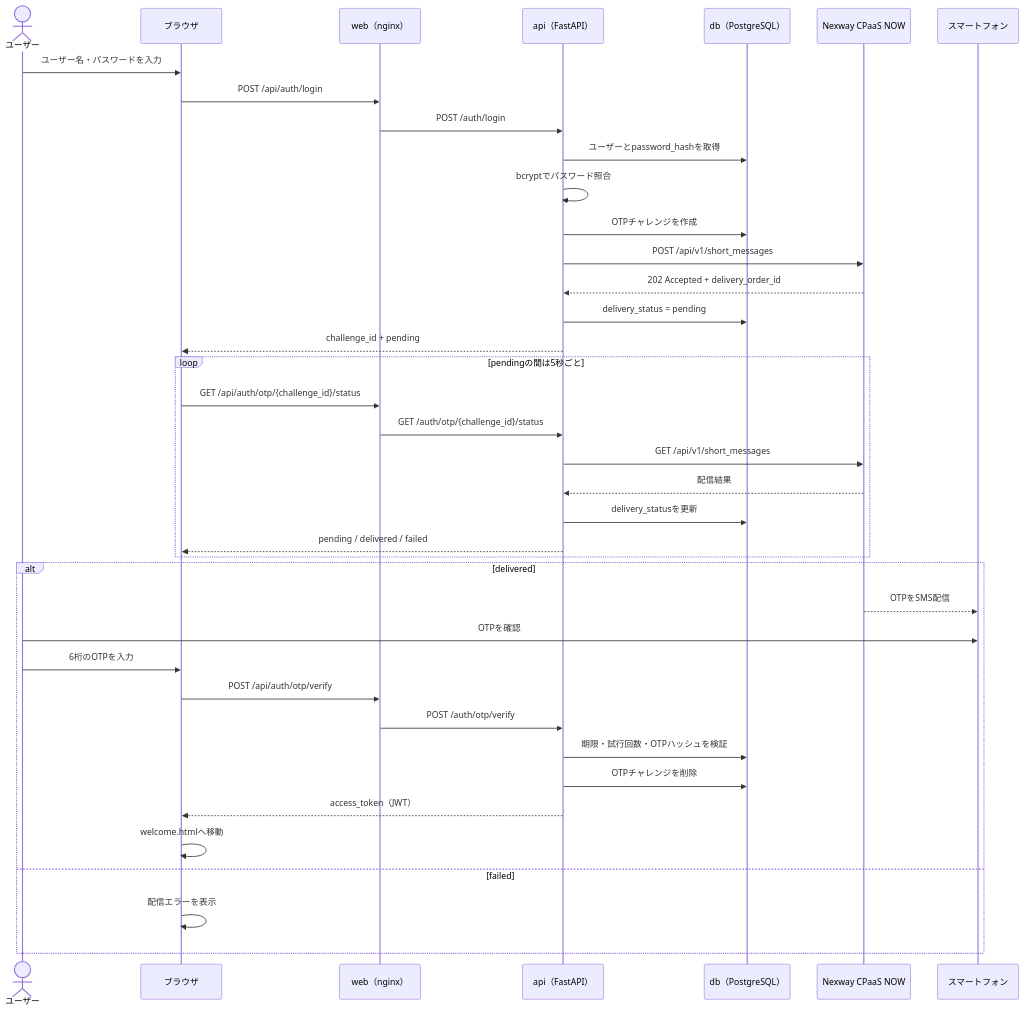
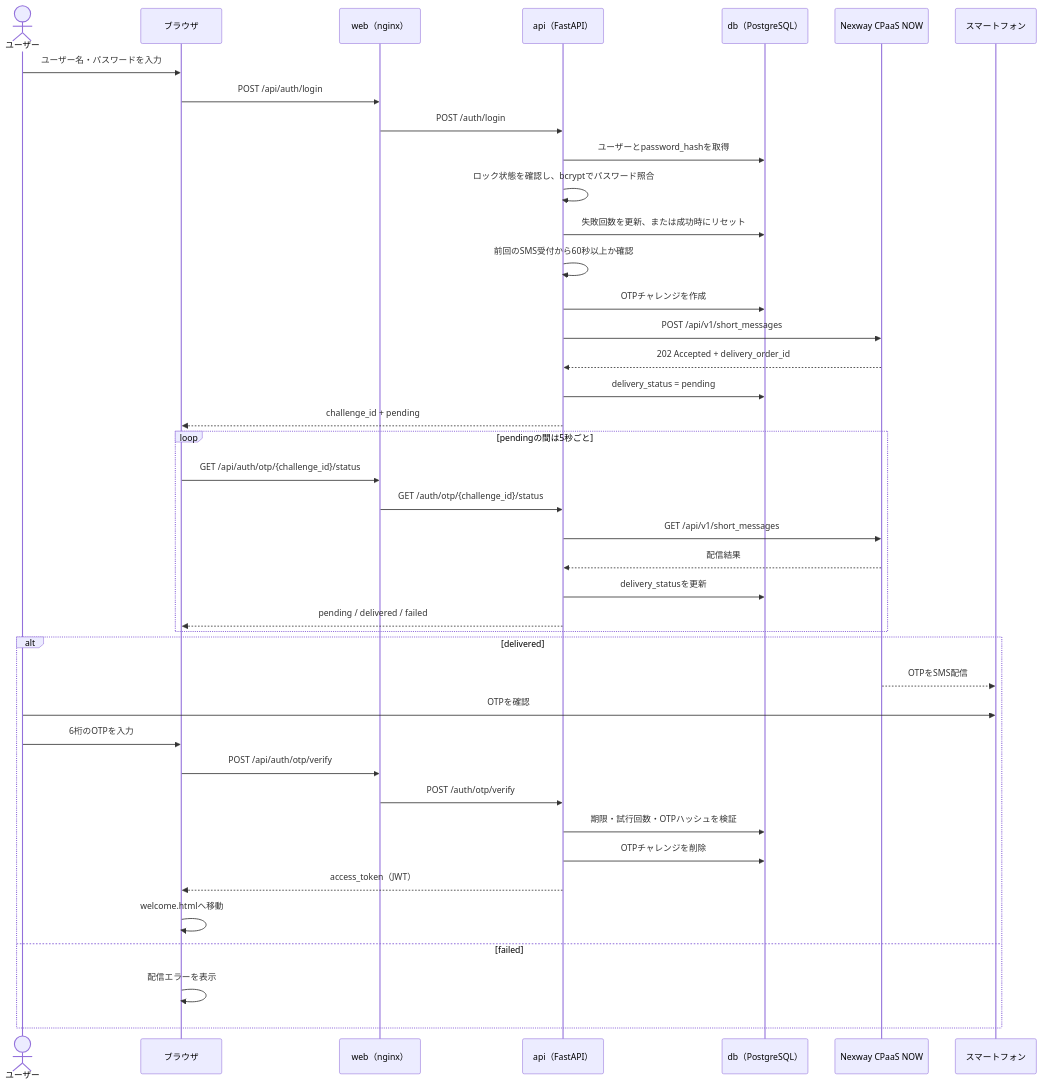
The second of 2 diagrams in README.md (Fu11erene/ip3-hackathon), drawn with Mermaid before and after one commit. The commit also changed other lines of this file and 6 other files, not shown here.

````diff
--- a/README.md
+++ b/README.md
@@ -107,44 +107,46 @@
 ```mermaid
 sequenceDiagram
     actor U as ユーザー
     participant B as ブラウザ
     participant W as web（nginx）
     participant A as api（FastAPI）
     participant D as db（PostgreSQL）
     participant N as Nexway CPaaS NOW
     participant P as スマートフォン
 
     U->>B: ユーザー名・パスワードを入力
     B->>W: POST /api/auth/login
     W->>A: POST /auth/login
     A->>D: ユーザーとpassword_hashを取得
-    A->>A: bcryptでパスワード照合
+    A->>A: ロック状態を確認し、bcryptでパスワード照合
+    A->>D: 失敗回数を更新、または成功時にリセット
+    A->>A: 前回のSMS受付から60秒以上か確認
     A->>D: OTPチャレンジを作成
     A->>N: POST /api/v1/short_messages
     N-->>A: 202 Accepted + delivery_order_id
     A->>D: delivery_status = pending
     A-->>B: challenge_id + pending
 
     loop pendingの間は5秒ごと
         B->>W: GET /api/auth/otp/{challenge_id}/status
         W->>A: GET /auth/otp/{challenge_id}/status
         A->>N: GET /api/v1/short_messages
         N-->>A: 配信結果
         A->>D: delivery_statusを更新
         A-->>B: pending / delivered / failed
     end
 
     alt delivered
         N-->>P: OTPをSMS配信
         U->>P: OTPを確認
         U->>B: 6桁のOTPを入力
         B->>W: POST /api/auth/otp/verify
         W->>A: POST /auth/otp/verify
         A->>D: 期限・試行回数・OTPハッシュを検証
         A->>D: OTPチャレンジを削除
         A-->>B: access_token（JWT）
         B->>B: welcome.htmlへ移動
     else failed
         B->>B: 配信エラーを表示
     end
 ```
````
